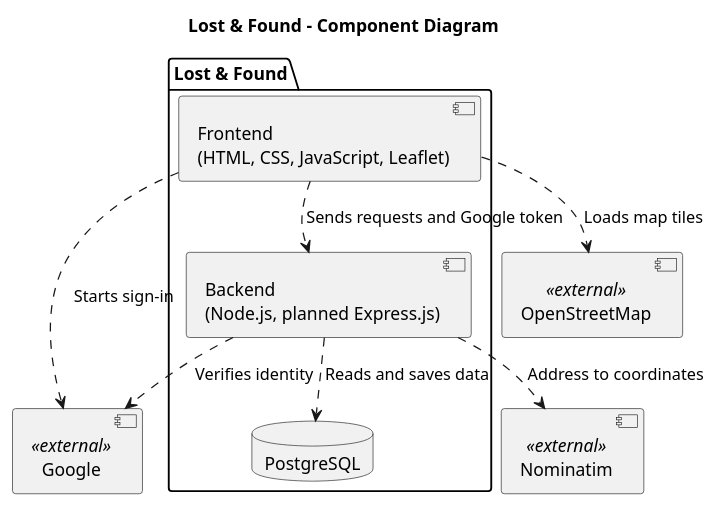
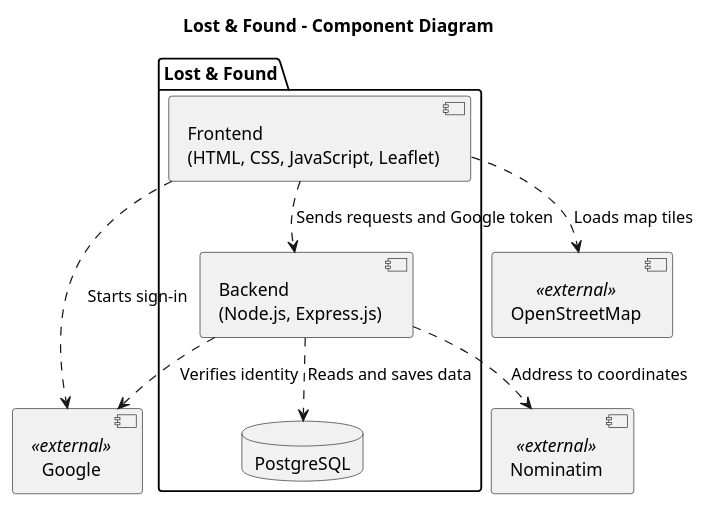
The diagram in docs/puml/component-diagram.puml (Reenial/LEGIS), drawn with PlantUML before and after one commit. The commit also changed 13 other files, not shown here.

```diff
--- a/docs/puml/component-diagram.puml
+++ b/docs/puml/component-diagram.puml
@@ -1,18 +1,18 @@
 @startuml
 !pragma layout smetana
 title Lost & Found - Component Diagram
 package "Lost & Found" {
  component "Frontend\n(HTML, CSS, JavaScript, Leaflet)" as F
- component "Backend\n(Node.js, planned Express.js)" as B
+ component "Backend\n(Node.js, Express.js)" as B
  database "PostgreSQL" as D
  F ..> B : Sends requests and Google token
  B ..> D : Reads and saves data
 }
 component "Google" as G <<external>>
 component "OpenStreetMap" as O <<external>>
 component "Nominatim" as N <<external>>
 F ..> G : Starts sign-in
 B ..> G : Verifies identity
 F ..> O : Loads map tiles
 B ..> N : Address to coordinates
 @enduml
```
